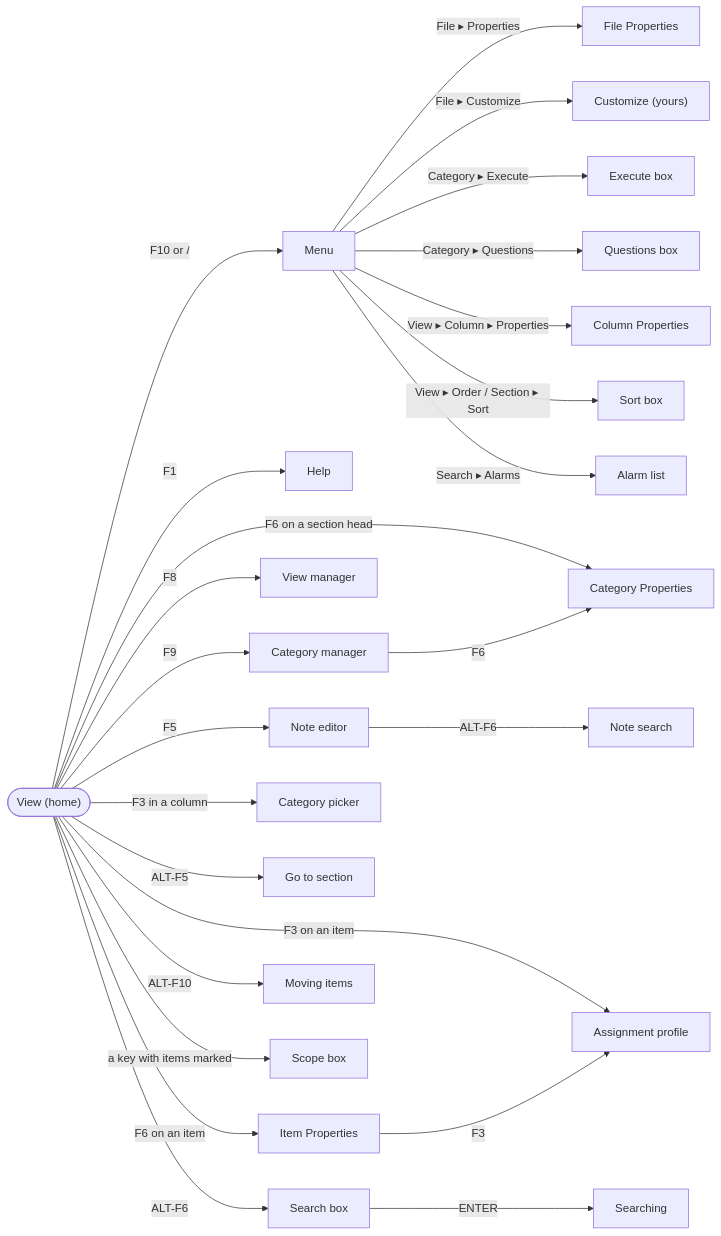
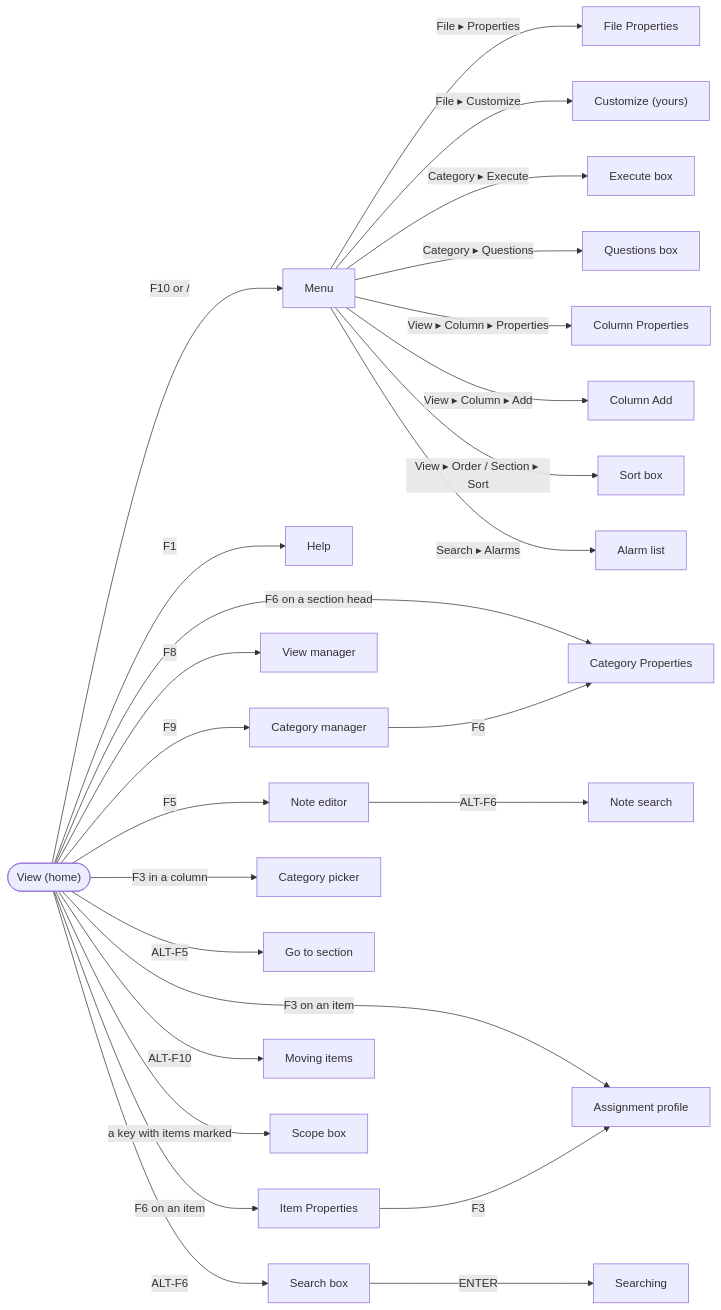
Before and after one commit to jamting/agendum: the first of 2 diagrams in docs/SCREENS.md, drawn with Mermaid. The commit also changed other lines of this file and 17 other files, not shown here.

````diff
--- a/docs/SCREENS.md
+++ b/docs/SCREENS.md
@@ -28,28 +28,29 @@
 ```mermaid
 flowchart LR
     View(["View (home)"])
     View -- "F10 or /" --> Menu["Menu"]
     View -- F1 --> Help["Help"]
     View -- F9 --> CatMgr["Category manager"]
     View -- F8 --> ViewMgr["View manager"]
     View -- F5 --> Note["Note editor"]
     View -- "F6 on an item" --> ItemProps["Item Properties"]
     View -- "F6 on a section head" --> CatProps["Category Properties"]
     View -- "F3 on an item" --> Profile["Assignment profile"]
     View -- "F3 in a column" --> Picker["Category picker"]
     View -- ALT-F5 --> GoTo["Go to section"]
     View -- ALT-F6 --> SearchBox["Search box"]
     View -- "ALT-F10" --> MoveItem["Moving items"]
     View -- "a key with items marked" --> Scope["Scope box"]
     Menu -- "File ▸ Properties" --> FileProps["File Properties"]
     Menu -- "File ▸ Customize" --> Customize["Customize (yours)"]
     Menu -- "Category ▸ Execute" --> Execute["Execute box"]
     Menu -- "Category ▸ Questions" --> Questions["Questions box"]
     Menu -- "View ▸ Column ▸ Properties" --> ColProps["Column Properties"]
+    Menu -- "View ▸ Column ▸ Add" --> ColAdd["Column Add"]
     Menu -- "View ▸ Order / Section ▸ Sort" --> Sort["Sort box"]
     Menu -- "Search ▸ Alarms" --> Alarms["Alarm list"]
     CatMgr -- F6 --> CatProps
     ItemProps -- F3 --> Profile
     Note -- ALT-F6 --> NoteSearch["Note search"]
     SearchBox -- ENTER --> Searching["Searching"]
 ```
````
